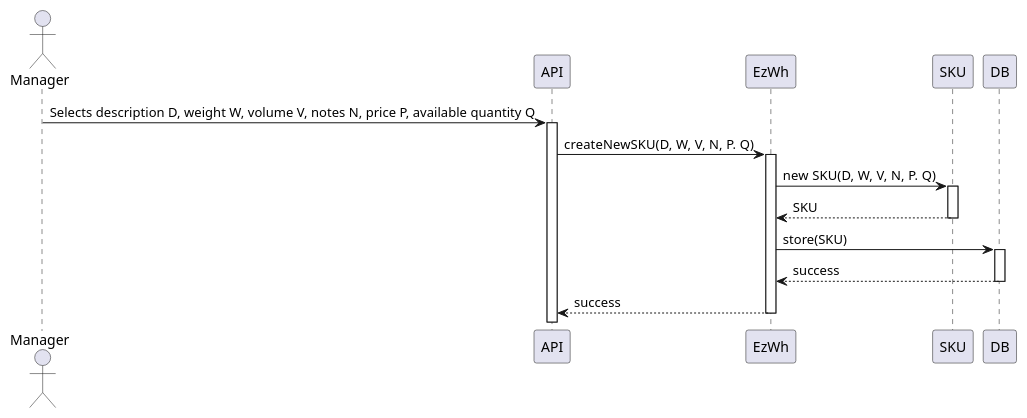
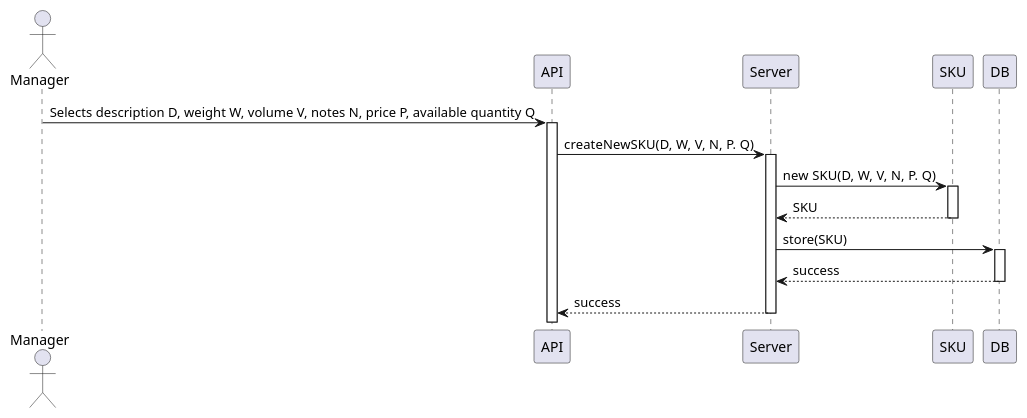
One commit to flaviociravegna/softeng-ezwh changed the fourth of 10 diagrams in DesignDocument.md. Above: the diagram before and after it, drawn with PlantUML. The commit also changed other lines of this file, not shown here.

````diff
--- a/DesignDocument.md
+++ b/DesignDocument.md
@@ -460,13 +460,13 @@
 ```plantuml
 @startuml
 autoactivate on
 actor Manager
 Manager -> API : Selects description D, weight W, volume V, notes N, price P, available quantity Q
-API -> EzWh : createNewSKU(D, W, V, N, P. Q)
-EzWh -> SKU : new SKU(D, W, V, N, P. Q)
+API -> Server : createNewSKU(D, W, V, N, P. Q)
+Server -> SKU : new SKU(D, W, V, N, P. Q)
 return SKU
-EzWh -> DB : store(SKU)
+Server -> DB : store(SKU)
 return success
 return success
 @enduml
 ```
````
